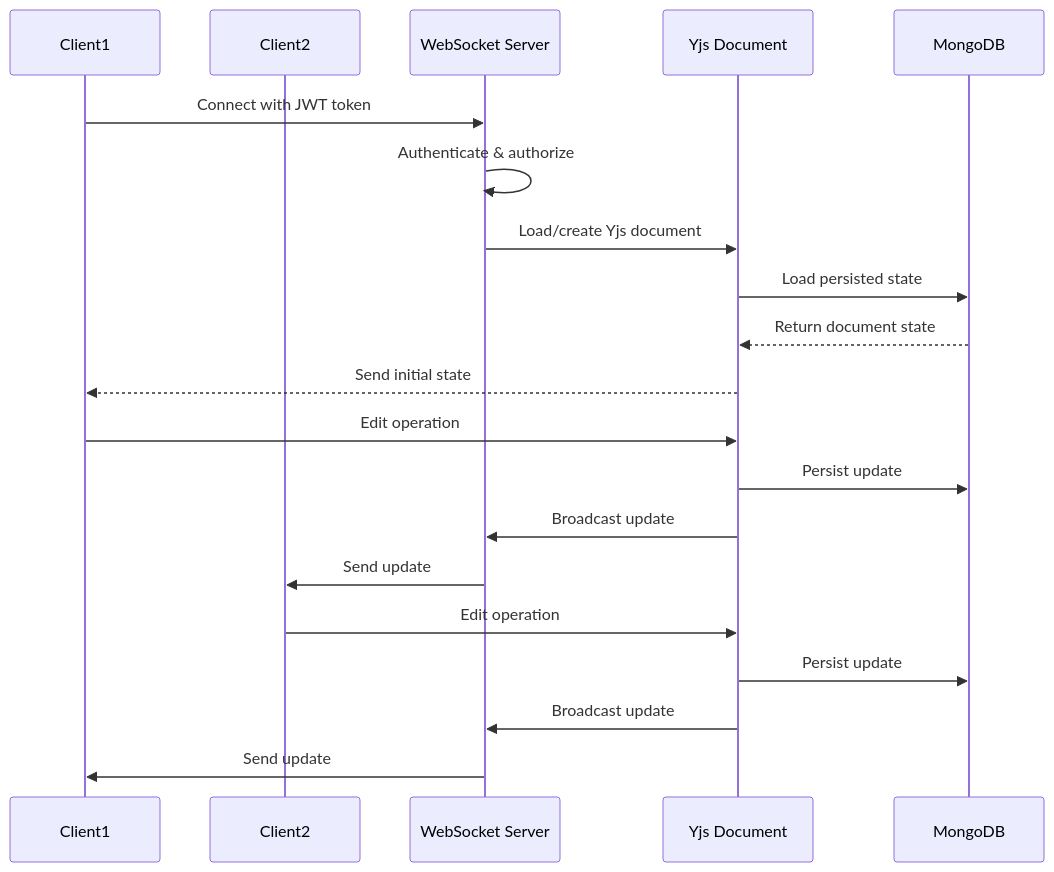
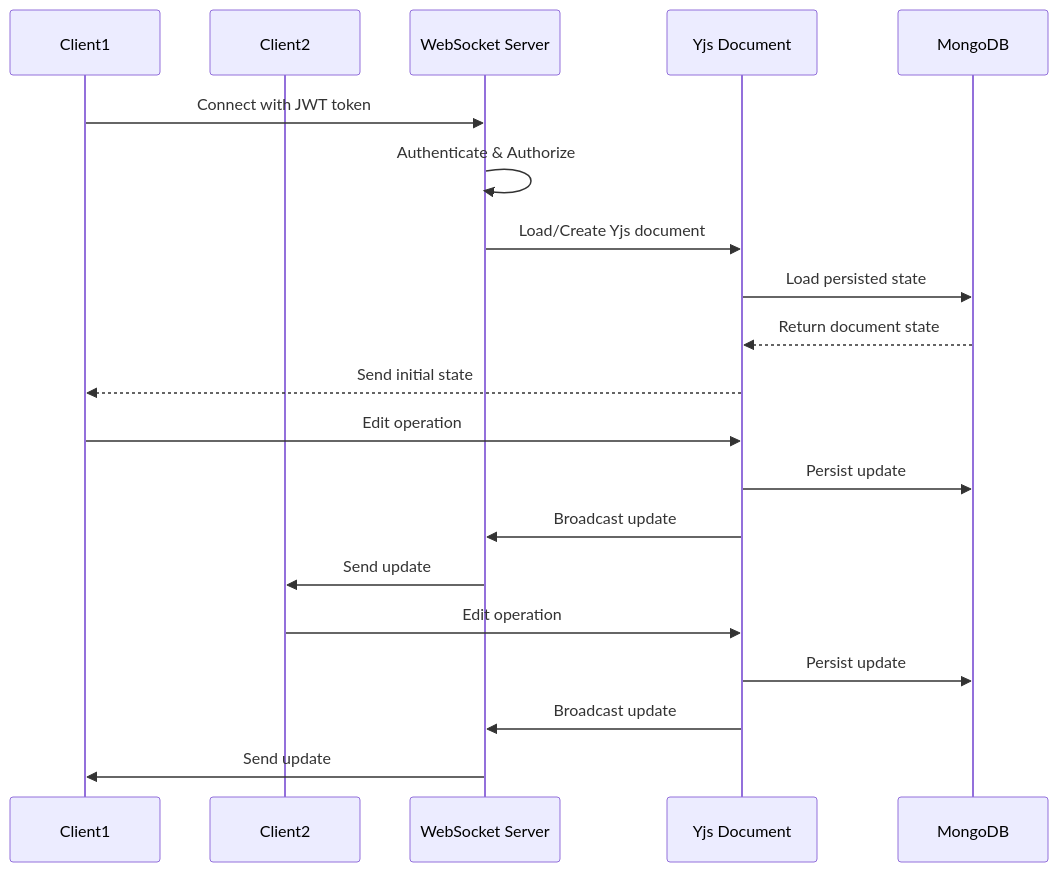
Before and after one commit to CS3219-AY2526Sem1/cs3219-ay2526s1-project-g13: the third of 5 diagrams in backend/collaboration-service/README.md, drawn with Mermaid. The commit also changed other lines of this file, not shown here.

````diff
--- a/backend/collaboration-service/README.md
+++ b/backend/collaboration-service/README.md
@@ -110,25 +84,25 @@
 ```mermaid
 sequenceDiagram
     participant Client1
     participant Client2
     participant WS as WebSocket Server
     participant YDoc as Yjs Document
     participant DB as MongoDB
-    
+
     Client1->>WS: Connect with JWT token
-    WS->>WS: Authenticate & authorize
-    WS->>YDoc: Load/create Yjs document
+    WS->>WS: Authenticate & Authorize
+    WS->>YDoc: Load/Create Yjs document
     YDoc->>DB: Load persisted state
     DB-->>YDoc: Return document state
     YDoc-->>Client1: Send initial state
-    
+
     Client1->>YDoc: Edit operation
     YDoc->>DB: Persist update
     YDoc->>WS: Broadcast update
     WS->>Client2: Send update
-    
+
     Client2->>YDoc: Edit operation
     YDoc->>DB: Persist update
     YDoc->>WS: Broadcast update
     WS->>Client1: Send update
 ```
````
